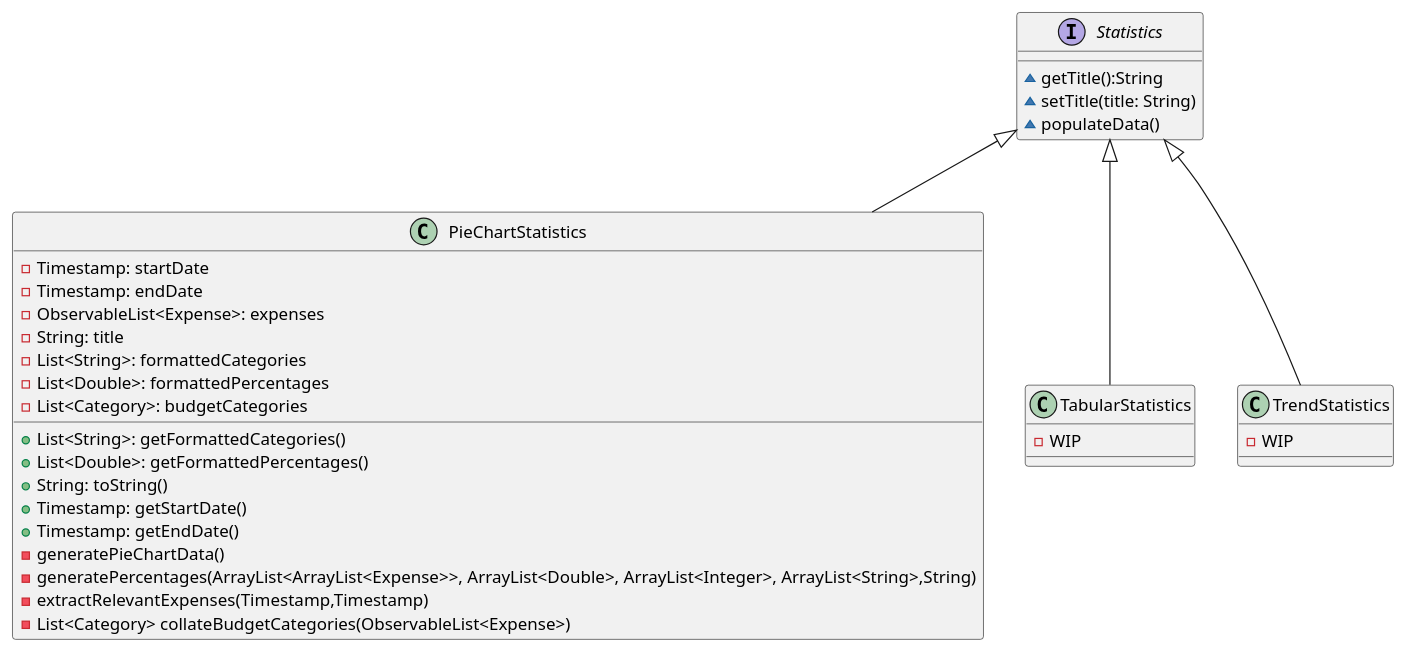
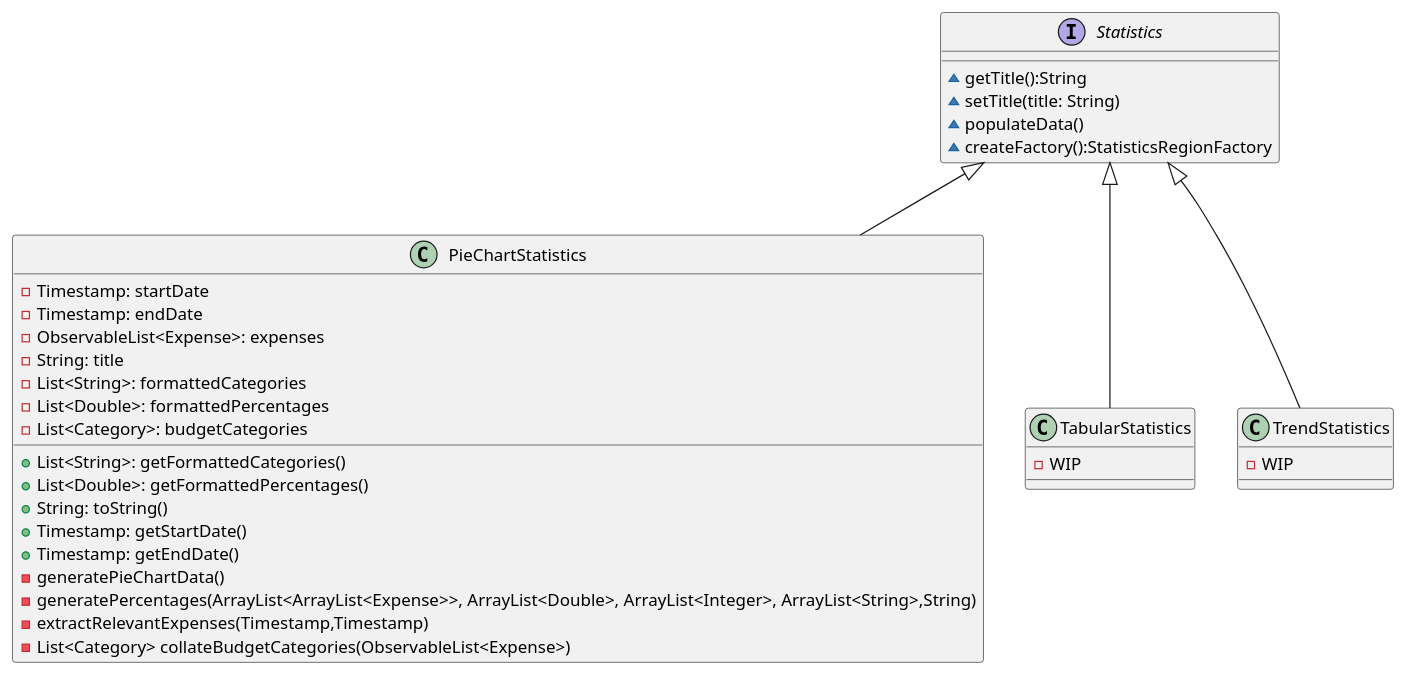
One commit to nus-cs2103-AY1920S1/addressbook-level3 changed the diagram in docs/diagrams/StatisticsClassDiagram.puml. Above: the diagram before and after it, drawn with PlantUML. The commit also changed 14 other files, not shown here.

Commit message:
Update UML Diagrams for DG

```diff
--- a/docs/diagrams/StatisticsClassDiagram.puml
+++ b/docs/diagrams/StatisticsClassDiagram.puml
@@ -1,46 +1,49 @@
 @startuml
 
 
 
 interface Statistics {
 ~getTitle():String
 ~setTitle(title: String)
 ~populateData()
+~createFactory():StatisticsRegionFactory
 }
+
+
 
 class PieChartStatistics {
 -Timestamp: startDate
 -Timestamp: endDate
 -ObservableList<Expense>: expenses
 -String: title
 -List<String>: formattedCategories
 -List<Double>: formattedPercentages
 -List<Category>: budgetCategories
 
 +List<String>: getFormattedCategories()
 +List<Double>: getFormattedPercentages()
 +String: toString()
 +Timestamp: getStartDate()
 +Timestamp: getEndDate()
 -generatePieChartData()
 -generatePercentages(ArrayList<ArrayList<Expense>>, ArrayList<Double>, ArrayList<Integer>, ArrayList<String>,String)
 -extractRelevantExpenses(Timestamp,Timestamp)
 -List<Category> collateBudgetCategories(ObservableList<Expense>)
 }
 
 class TabularStatistics {
 -WIP
 }
 class TrendStatistics {
 -WIP
 }
 
 
 
 Statistics <|-- PieChartStatistics
 Statistics <|-- TabularStatistics
 Statistics <|-- TrendStatistics
 
 
 
 @enduml
```
